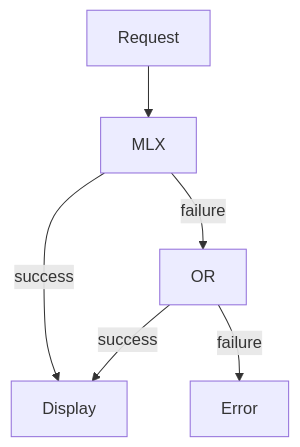
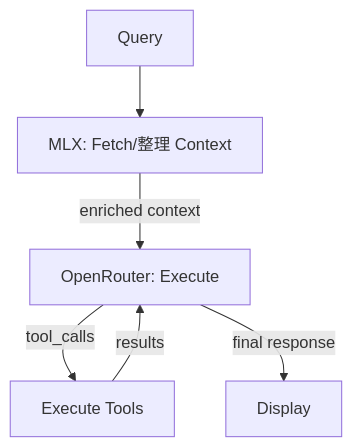
Before and after one commit to jtrefon/ai-ide: the third of 4 diagrams in plans/speculative_decoding_plan.md, drawn with Mermaid. The commit also changed other lines of this file and 46 other files, not shown here.

````diff
--- a/plans/speculative_decoding_plan.md
+++ b/plans/speculative_decoding_plan.md
@@ -57,8 +63,8 @@
 ```mermaid
 flowchart TB
-    Request --> MLX
-    MLX -->|success| Display
-    MLX -->|failure| OR
-    OR -->|success| Display
-    OR -->|failure| Error
+    Query --> MLX[MLX: Fetch/整理 Context]
+    MLX -->|enriched context| OR[OpenRouter: Execute]
+    OR -->|tool_calls| Execute[Execute Tools]
+    Execute -->|results| OR
+    OR -->|final response| Display
 ```
````
